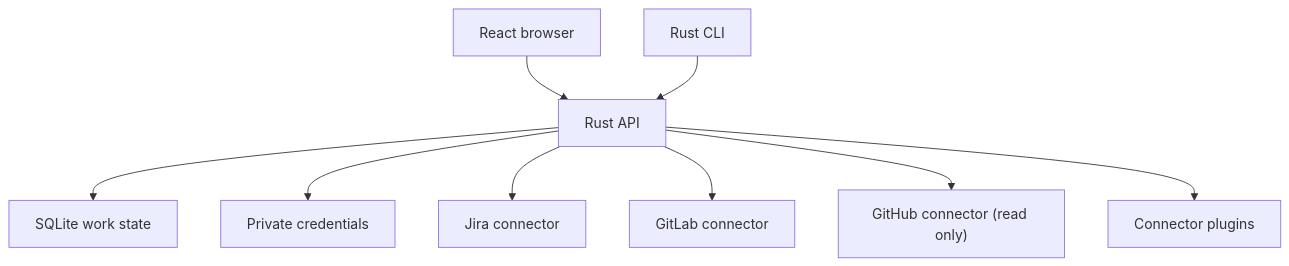
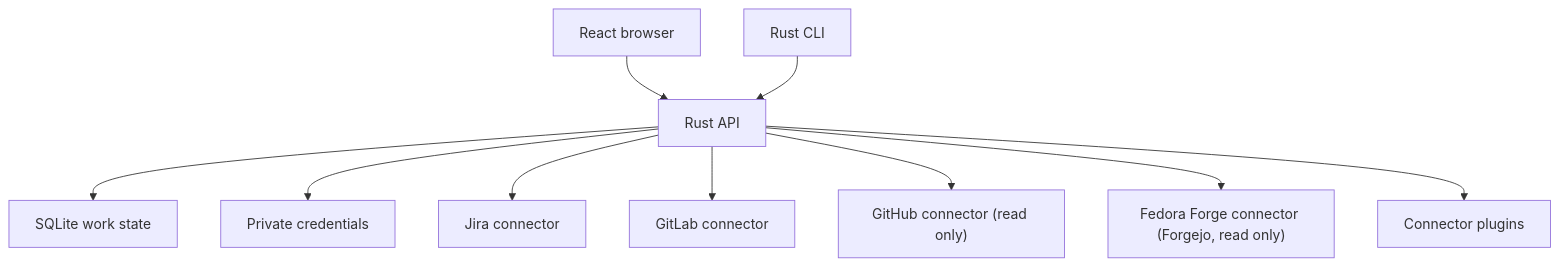
The diagram in docs/architecture.md (jmarrero-bot/work-tracker-poc), drawn with Mermaid before and after one commit. The commit also changed other lines of this file and 2 other files, not shown here.

First line of the commit message:
README, docs: Document the Fedora Forge connector

````diff
--- a/docs/architecture.md
+++ b/docs/architecture.md
@@ -3,11 +3,12 @@
 ```mermaid
 flowchart TD
   Web["React browser"] --> API["Rust API"]
   CLI["Rust CLI"] --> API
   API --> DB["SQLite work state"]
   API --> Secrets["Private credentials"]
   API --> Jira["Jira connector"]
   API --> GitLab["GitLab connector"]
   API --> GitHub["GitHub connector (read only)"]
+  API --> Fedora["Fedora Forge connector (Forgejo, read only)"]
   API --> Plugins["Connector plugins"]
 ```
````
